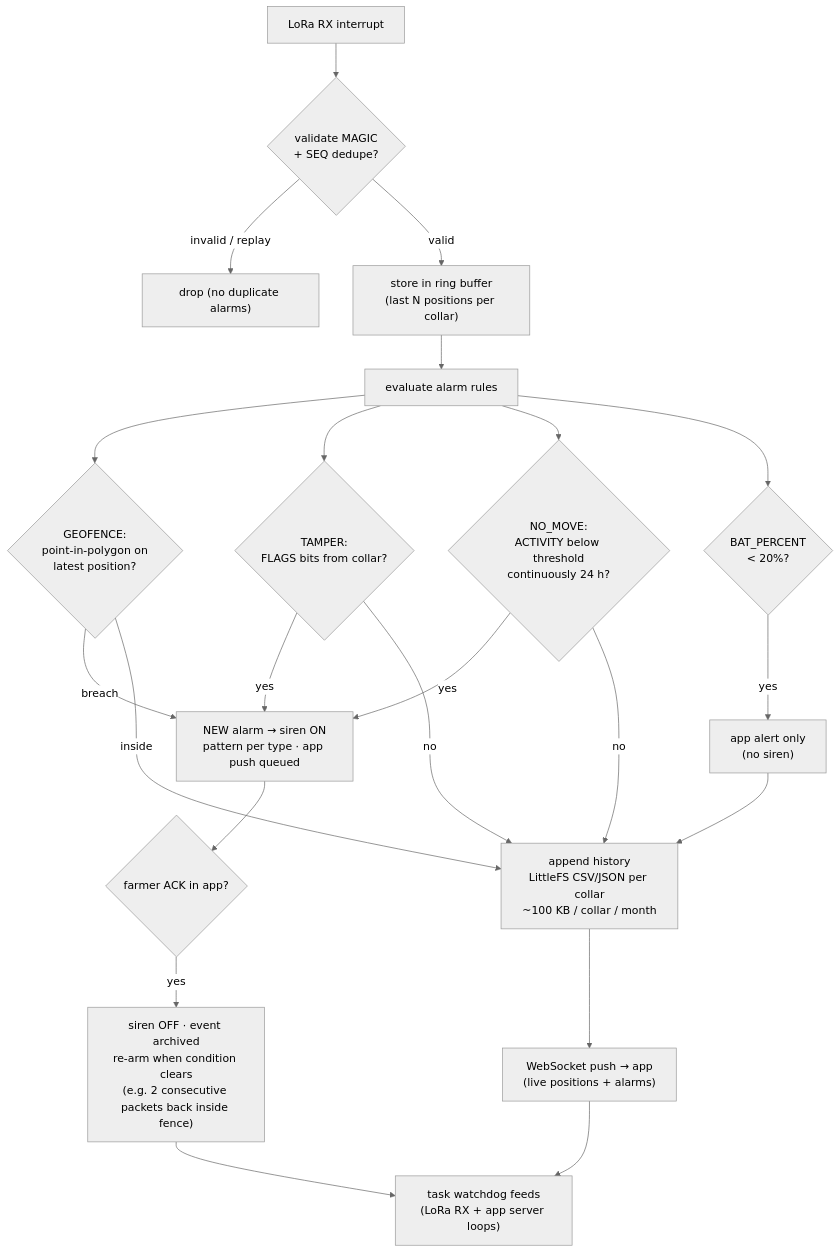
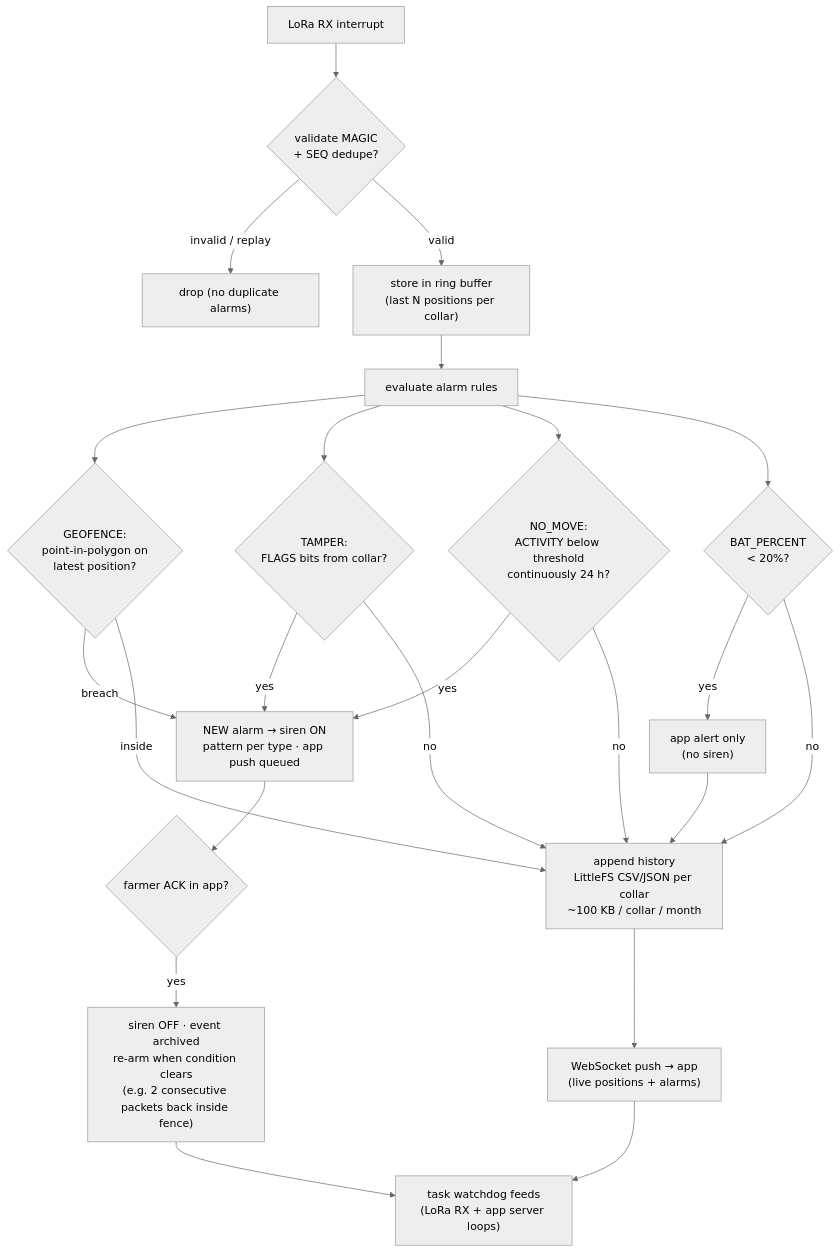
Before and after one commit to qppd/smart-collar: the second of 4 diagrams in docs/FLOWCHART.md, drawn with Mermaid (neutral theme). The commit also changed other lines of this file and 11 other files, not shown here.

````diff
--- a/docs/FLOWCHART.md
+++ b/docs/FLOWCHART.md
@@ -37,26 +39,27 @@
 ```mermaid
 flowchart TB
     RX["LoRa RX interrupt"] --> VAL{"validate MAGIC<br/>+ SEQ dedupe?"}
     VAL -- "invalid / replay" --> DROP["drop (no duplicate alarms)"]
     VAL -- "valid" --> RING["store in ring buffer<br/>(last N positions per collar)"]
     RING --> RULES["evaluate alarm rules"]
     RULES --> GEOF{"GEOFENCE:<br/>point-in-polygon on<br/>latest position?"}
     RULES --> TAMP{"TAMPER:<br/>FLAGS bits from collar?"}
     RULES --> NOMOVE{"NO_MOVE:<br/>ACTIVITY below threshold<br/>continuously 24 h?"}
     RULES --> BATT{"BAT_PERCENT<br/>&lt; 20%?"}
     BATT -- "yes" --> APPLERT["app alert only<br/>(no siren)"]
+    BATT -- "no" --> HIST
     GEOF -- "breach" --> ALARM
     TAMP -- "yes" --> ALARM
     NOMOVE -- "yes" --> ALARM
     ALARM["NEW alarm → siren ON<br/>pattern per type · app push queued"]
     ALARM --> ACKQ{"farmer ACK in app?"}
     ACKQ -- "yes" --> SIRENOFF["siren OFF · event archived<br/>re-arm when condition clears<br/>(e.g. 2 consecutive packets back inside fence)"]
     GEOF -- "inside" --> HIST
     TAMP -- "no" --> HIST
     NOMOVE -- "no" --> HIST
     HIST["append history<br/>LittleFS CSV/JSON per collar<br/>~100 KB / collar / month"]
     HIST --> PUSH["WebSocket push → app<br/>(live positions + alarms)"]
     PUSH --> WDOGB["task watchdog feeds<br/>(LoRa RX + app server loops)"]
     SIRENOFF --> WDOGB
     APPLERT --> HIST
 ```
````
